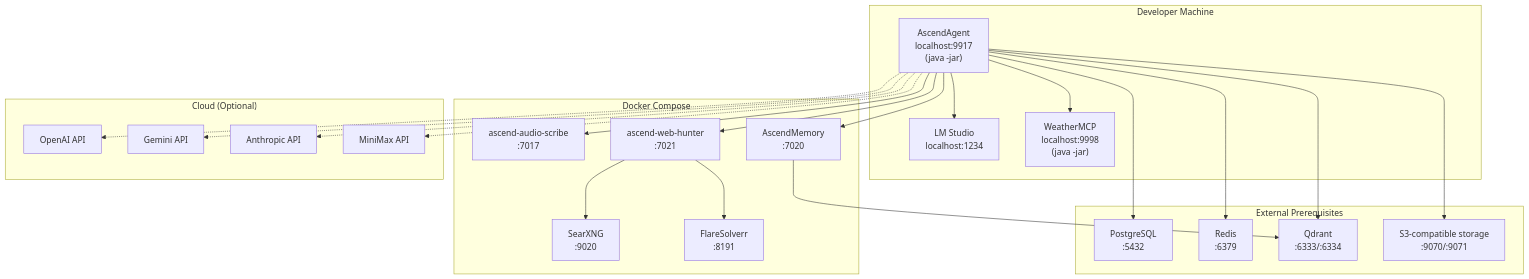
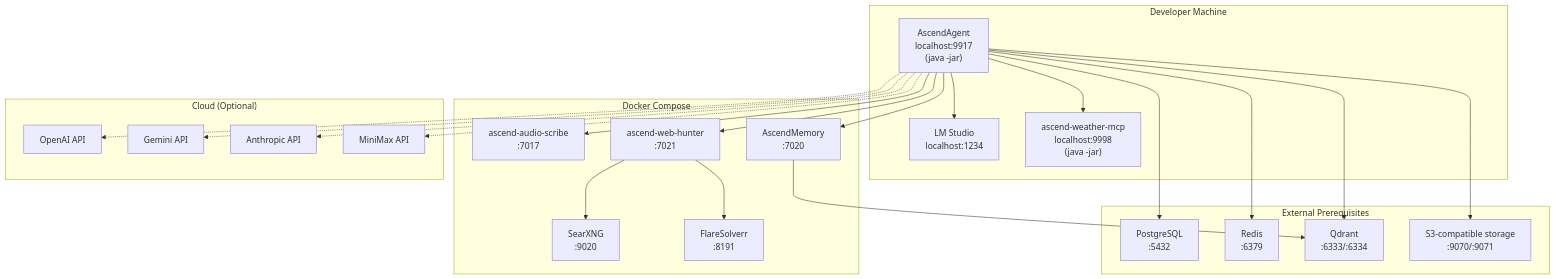
One commit to Lukk17/AscendAI changed the diagram in AscendAgent/docs/architecture/diagrams/deployment-diagram.md. Above: the diagram before and after it, drawn with Mermaid. The commit also changed other lines of this file and 446 other files, not shown here.

````diff
--- a/AscendAgent/docs/architecture/diagrams/deployment-diagram.md
+++ b/AscendAgent/docs/architecture/diagrams/deployment-diagram.md
@@ -3,47 +3,47 @@
 ```mermaid
 graph TB
     subgraph "Developer Machine"
         LMStudio["LM Studio<br/>localhost:1234"]
         AscendAgent["AscendAgent<br/>localhost:9917<br/>(java -jar)"]
-        Weather["WeatherMCP<br/>localhost:9998<br/>(java -jar)"]
+        Weather["ascend-weather-mcp<br/>localhost:9998<br/>(java -jar)"]
     end
 
     subgraph "External Prerequisites"
         Postgres["PostgreSQL<br/>:5432"]
         Redis["Redis<br/>:6379"]
         Qdrant["Qdrant<br/>:6333/:6334"]
         S3["S3-compatible storage<br/>:9070/:9071"]
     end
 
     subgraph "Docker Compose"
         SearXNG["SearXNG<br/>:9020"]
         FlareSolverr["FlareSolverr<br/>:8191"]
         AudioScribe["ascend-audio-scribe<br/>:7017"]
         WebHunter["ascend-web-hunter<br/>:7021"]
         Memory["AscendMemory<br/>:7020"]
     end
 
     subgraph "Cloud (Optional)"
         OpenAI["OpenAI API"]
         Gemini["Gemini API"]
         Anthropic["Anthropic API"]
         MiniMax["MiniMax API"]
     end
 
     AscendAgent --> LMStudio
     AscendAgent --> Postgres
     AscendAgent --> Redis
     AscendAgent --> Qdrant
     AscendAgent --> S3
     AscendAgent --> AudioScribe
     AscendAgent --> Weather
     AscendAgent --> WebHunter
     AscendAgent --> Memory
     AscendAgent -.-> OpenAI
     AscendAgent -.-> Gemini
     AscendAgent -.-> Anthropic
     AscendAgent -.-> MiniMax
     WebHunter --> SearXNG
     WebHunter --> FlareSolverr
     Memory --> Qdrant
 ```
````
